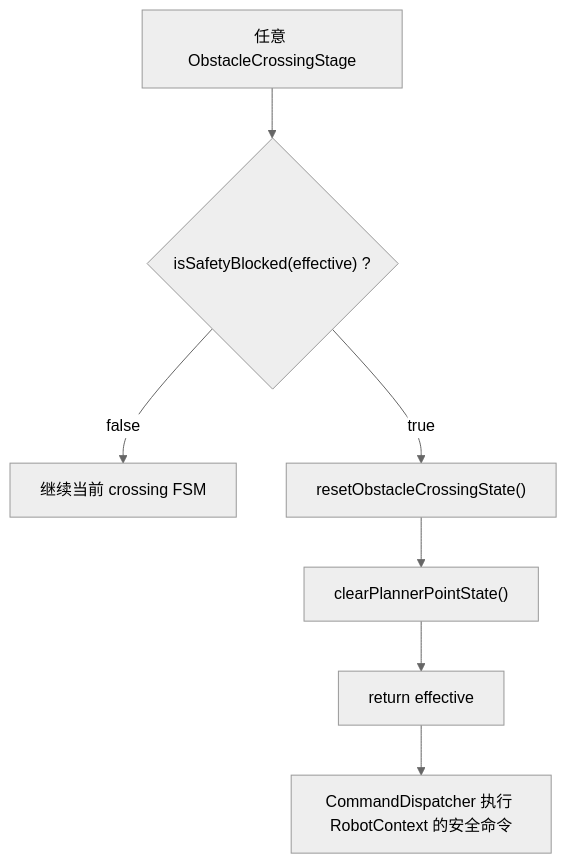
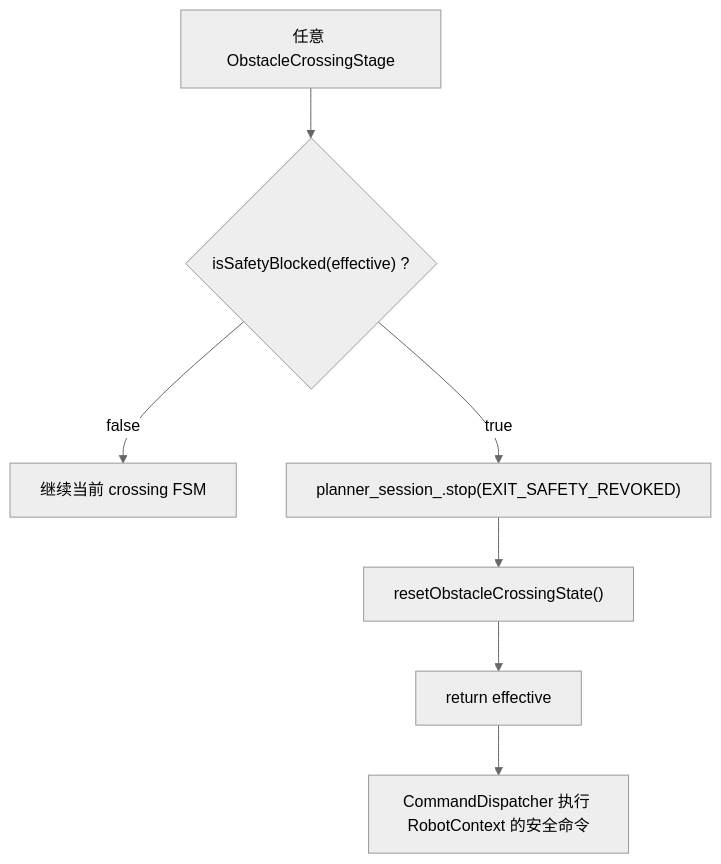
One commit to major173/b29_control changed diagram 12 of 12 in b29_controllers/b29_smc_auto_controller/OBSTACLE_CROSSING_WORKFLOW.md. Above: the diagram before and after it, drawn with Mermaid (neutral theme). The commit also changed other lines of this file and 69 other files, not shown here.

Commit message:
Add state machine for obstacle-crossing procedure and Planner command receiving node

````diff
--- a/b29_controllers/b29_smc_auto_controller/OBSTACLE_CROSSING_WORKFLOW.md
+++ b/b29_controllers/b29_smc_auto_controller/OBSTACLE_CROSSING_WORKFLOW.md
@@ -740,9 +834,9 @@
 ```mermaid
 flowchart TD
   S0["任意 ObstacleCrossingStage"] --> S1{"isSafetyBlocked(effective) ?"}
   S1 -- false --> S2["继续当前 crossing FSM"]
-  S1 -- true --> S3["resetObstacleCrossingState()"]
-  S3 --> S4["clearPlannerPointState()"]
+  S1 -- true --> S3["planner_session_.stop(EXIT_SAFETY_REVOKED)"]
+  S3 --> S4["resetObstacleCrossingState()"]
   S4 --> S5["return effective"]
   S5 --> S6["CommandDispatcher 执行 RobotContext 的安全命令"]
 ```
````
